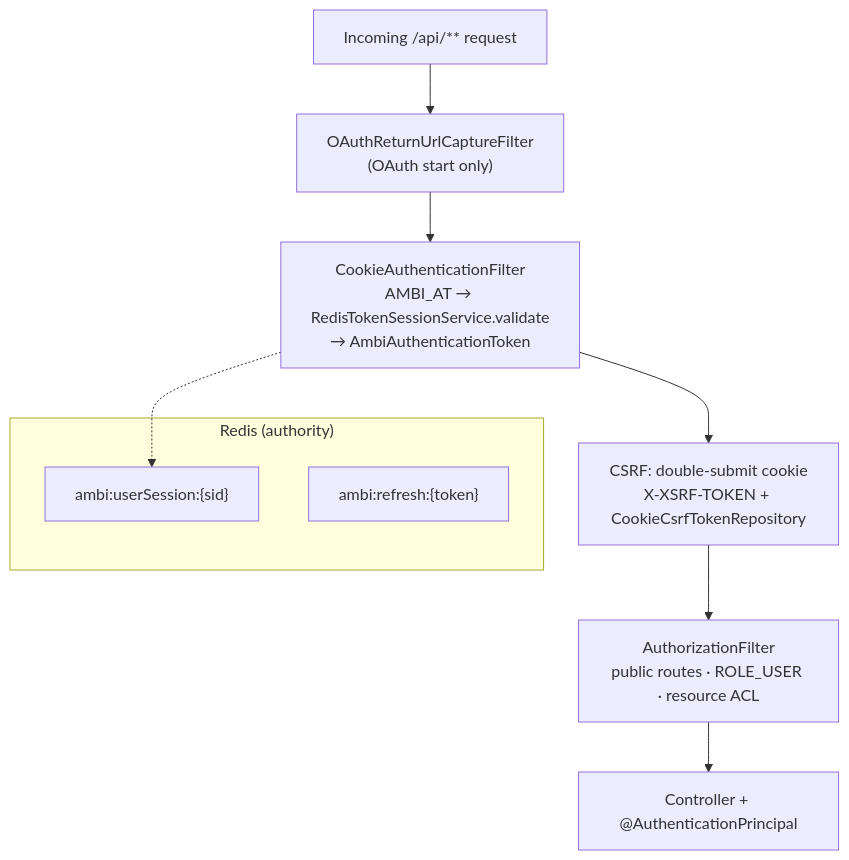
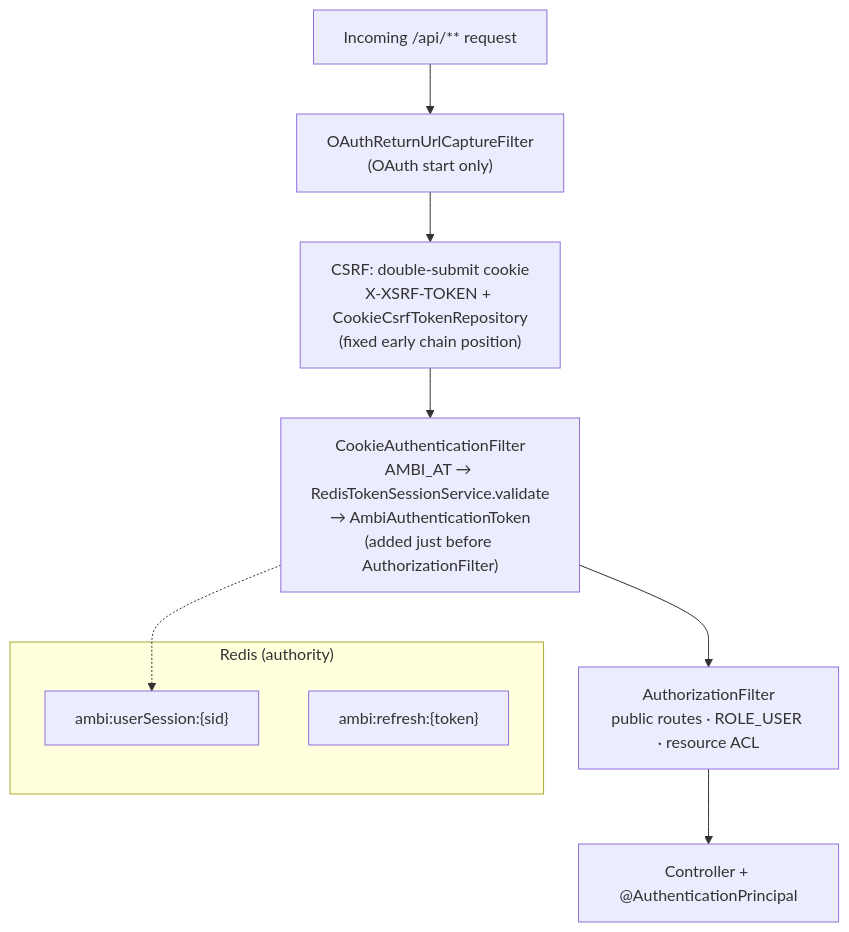
One commit to Saganaut/ambi changed the fifth of 5 diagrams in z-docs/diagrams/authentication.md. Above: the diagram before and after it, drawn with Mermaid. The commit also changed other lines of this file and 5 other files, not shown here.

Commit message:
docs(diagrams): correct auth, collaboration, deck-authoring, domain-model, frontend-architecture, index

````diff
--- a/z-docs/diagrams/authentication.md
+++ b/z-docs/diagrams/authentication.md
@@ -139,14 +145,14 @@
 ```mermaid
 flowchart TB
     REQ["Incoming /api/** request"] --> CAP["OAuthReturnUrlCaptureFilter<br/>(OAuth start only)"]
-    CAP --> COOKIE["CookieAuthenticationFilter<br/>AMBI_AT → RedisTokenSessionService.validate<br/>→ AmbiAuthenticationToken"]
-    COOKIE --> CSRF["CSRF: double-submit cookie<br/>X-XSRF-TOKEN + CookieCsrfTokenRepository"]
-    CSRF --> AUTHZ["AuthorizationFilter<br/>public routes · ROLE_USER · resource ACL"]
+    CAP --> CSRF["CSRF: double-submit cookie<br/>X-XSRF-TOKEN + CookieCsrfTokenRepository<br/>(fixed early chain position)"]
+    CSRF --> COOKIE["CookieAuthenticationFilter<br/>AMBI_AT → RedisTokenSessionService.validate<br/>→ AmbiAuthenticationToken<br/>(added just before AuthorizationFilter)"]
+    COOKIE --> AUTHZ["AuthorizationFilter<br/>public routes · ROLE_USER · resource ACL"]
     AUTHZ --> CTRL["Controller + @AuthenticationPrincipal"]
 
     subgraph redis["Redis (authority)"]
         S1["ambi:userSession:{sid}"]
         S2["ambi:refresh:{token}"]
     end
     COOKIE -.-> S1
 ```
````
